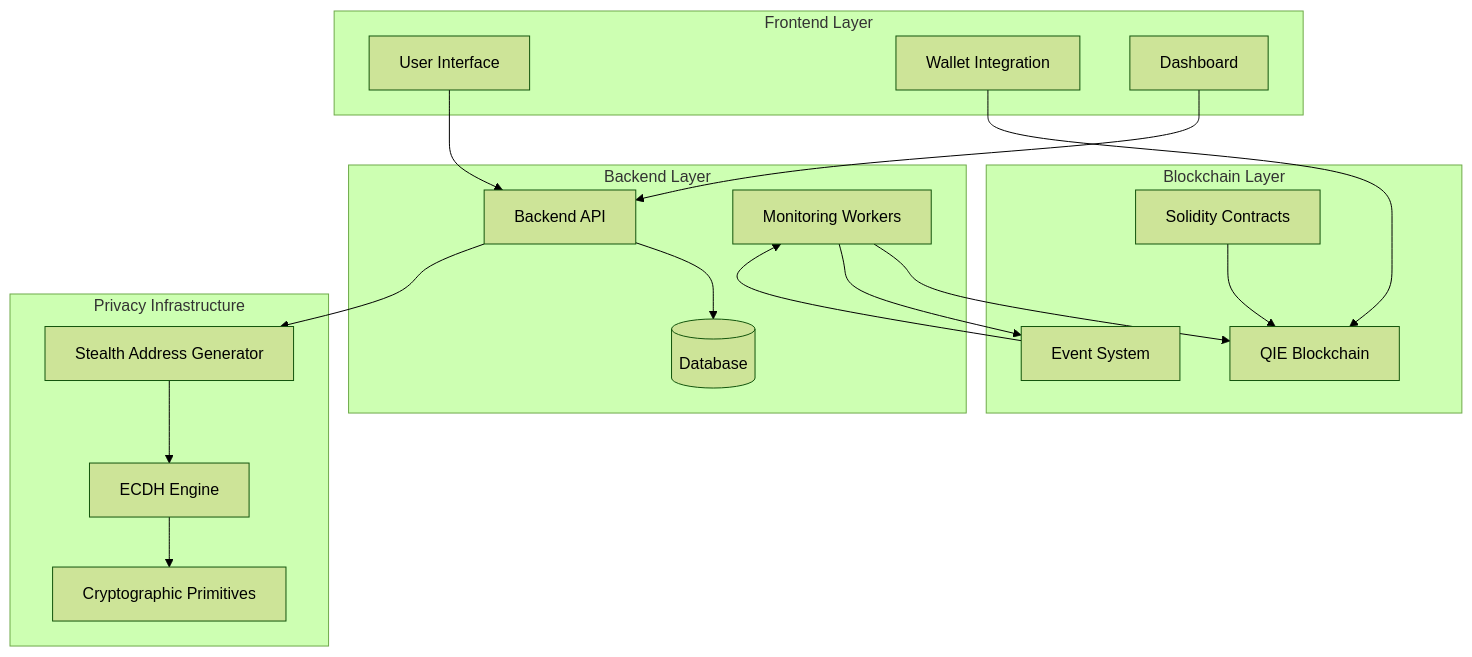
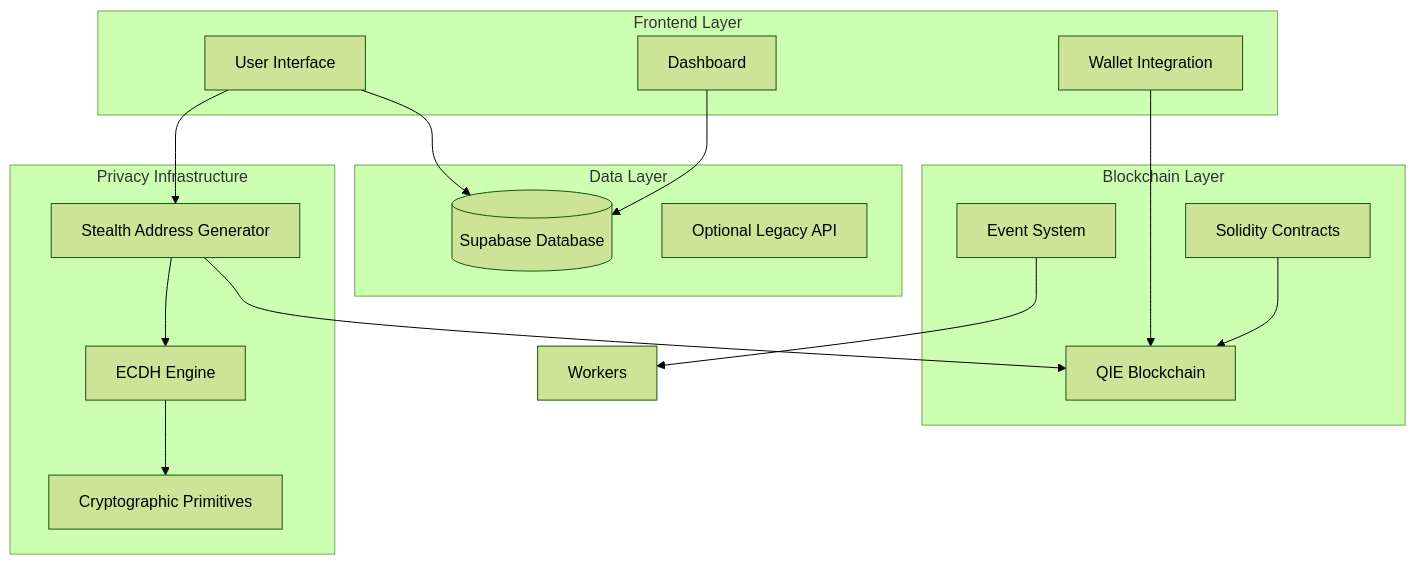
One commit to AmaanSayyad/Private-Pay-QIE changed the first of 8 diagrams in README.md. Above: the diagram before and after it, drawn with Mermaid (forest theme). The commit also changed other lines of this file, not shown here.

````diff
--- a/README.md
+++ b/README.md
@@ -265,38 +266,35 @@
 ```mermaid
 graph TB
     subgraph "Frontend Layer"
         UI[User Interface]
         Wallet[Wallet Integration]
         Dashboard[Dashboard]
     end
     
-    subgraph "Backend Layer"
-        API[Backend API]
-        Workers[Monitoring Workers]
-        DB[(Database)]
+    subgraph "Data Layer"
+        DB[(Supabase Database)]
+        API[Optional Legacy API]
     end
     
     subgraph "Blockchain Layer"
         QIE[QIE Blockchain]
         Solidity[Solidity Contracts]
         Events[Event System]
     end
     
     subgraph "Privacy Infrastructure"
         Stealth[Stealth Address Generator]
         ECDH[ECDH Engine]
         Crypto[Cryptographic Primitives]
     end
     
-    UI --> API
+    UI --> DB
     Wallet --> QIE
-    Dashboard --> API
-    API --> DB
-    API --> Stealth
-    Workers --> QIE
-    Workers --> Events
+    Dashboard --> DB
+    UI --> Stealth
+    Stealth --> QIE
     Stealth --> ECDH
     ECDH --> Crypto
     Solidity --> QIE
     Events --> Workers
 ```
````
